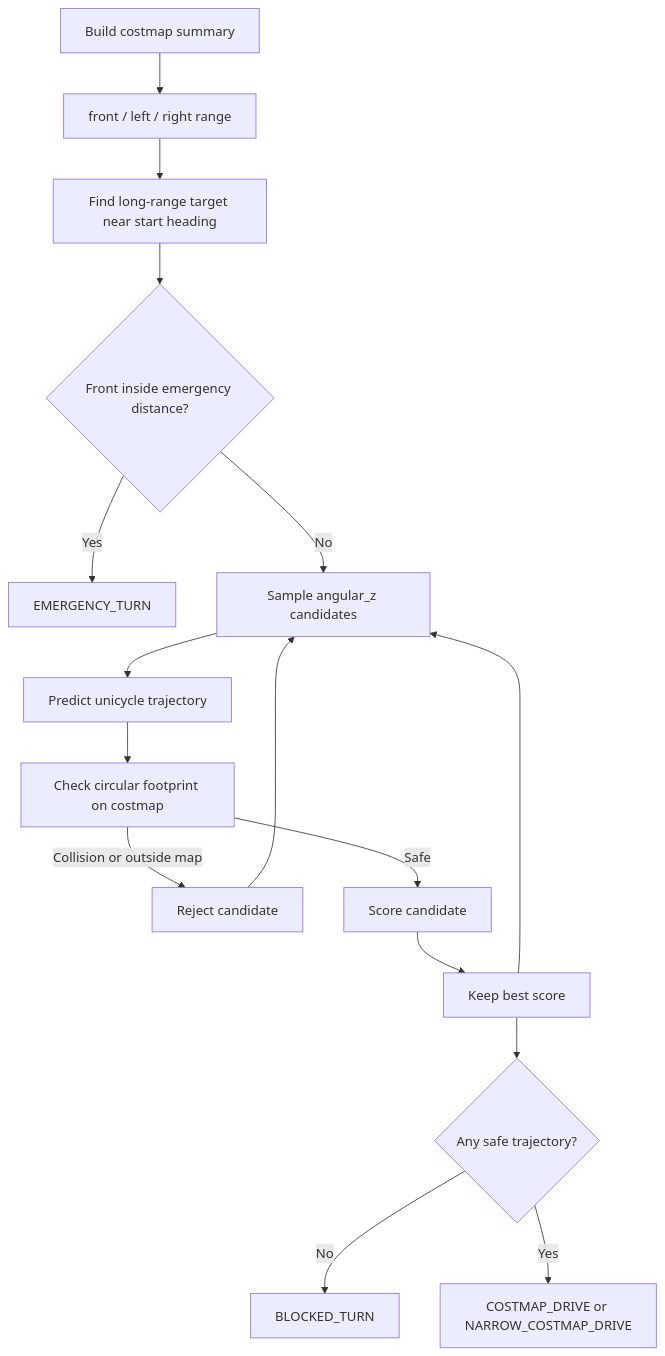
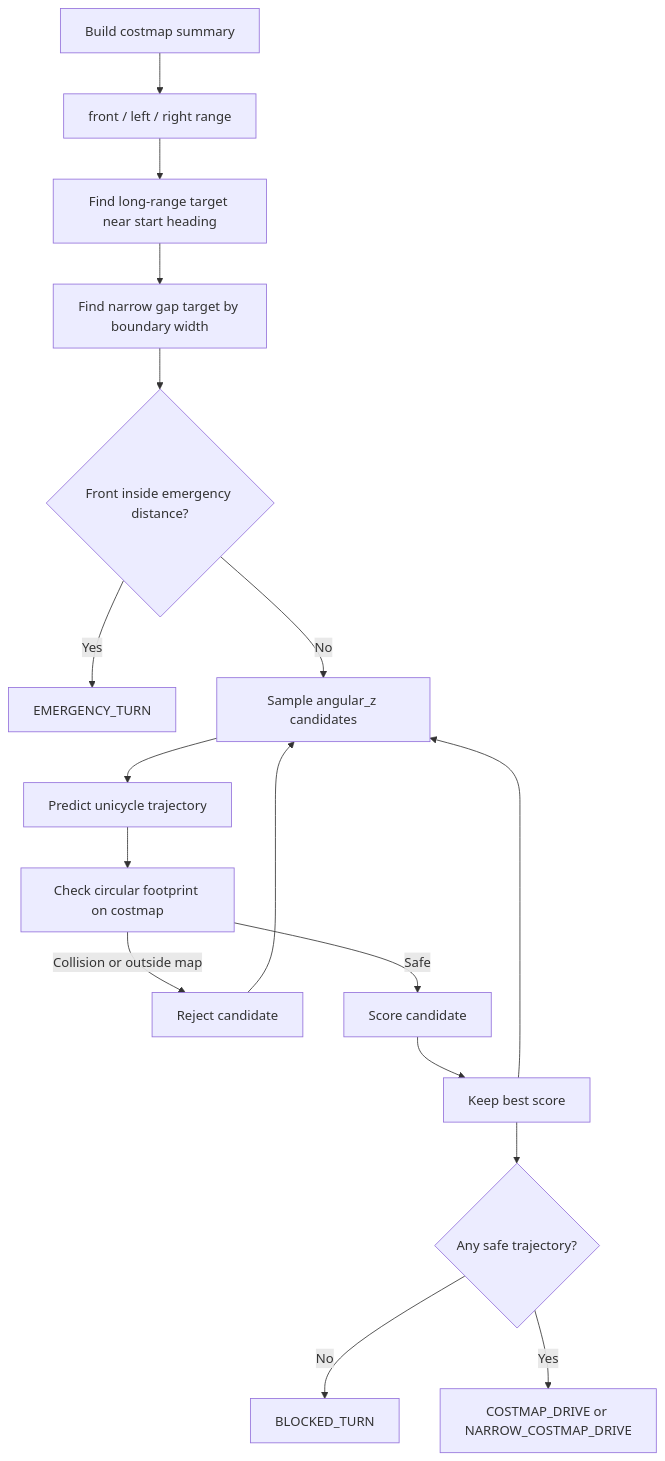
One commit to jhongno01/ROS2_Courses changed the third of 3 diagrams in src/turtlebot_autonomous_costmap_drive/Flow.md. Above: the diagram before and after it, drawn with Mermaid. The commit also changed other lines of this file and 4 other files, not shown here.

Commit message:
Add new features on "costmap drive". 'narrow gap bonus'

````diff
--- a/src/turtlebot_autonomous_costmap_drive/Flow.md
+++ b/src/turtlebot_autonomous_costmap_drive/Flow.md
@@ -76,18 +77,19 @@
 ```mermaid
 flowchart TD
     A["Build costmap summary"] --> B["front / left / right range"]
     B --> B2["Find long-range target near start heading"]
-    B2 --> C{"Front inside emergency distance?"}
+    B2 --> B3["Find narrow gap target by boundary width"]
+    B3 --> C{"Front inside emergency distance?"}
     C -- "Yes" --> D["EMERGENCY_TURN"]
     C -- "No" --> E["Sample angular_z candidates"]
     E --> F["Predict unicycle trajectory"]
     F --> G["Check circular footprint on costmap"]
     G -- "Collision or outside map" --> H["Reject candidate"]
     G -- "Safe" --> I["Score candidate"]
     I --> J["Keep best score"]
     H --> E
     J --> E
     J --> K{"Any safe trajectory?"}
     K -- "No" --> L["BLOCKED_TURN"]
     K -- "Yes" --> M["COSTMAP_DRIVE or NARROW_COSTMAP_DRIVE"]
 ```
````
